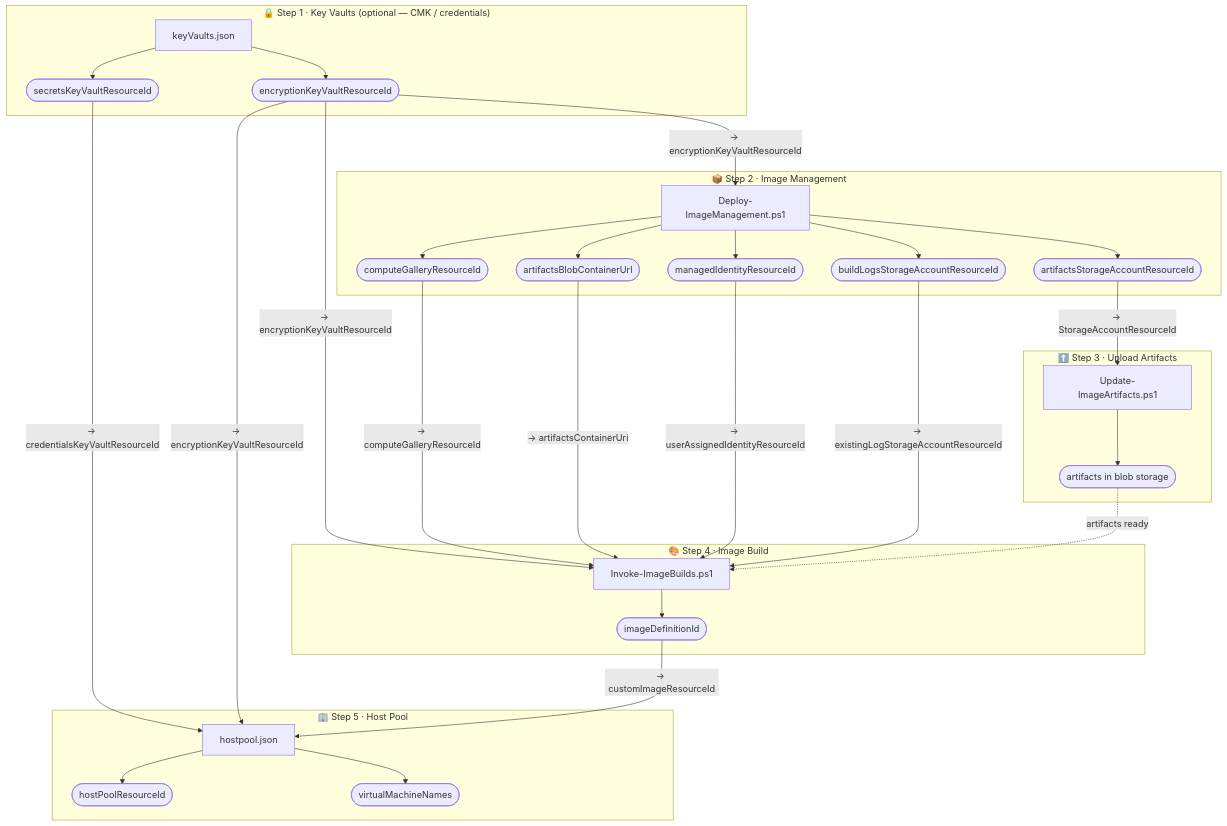
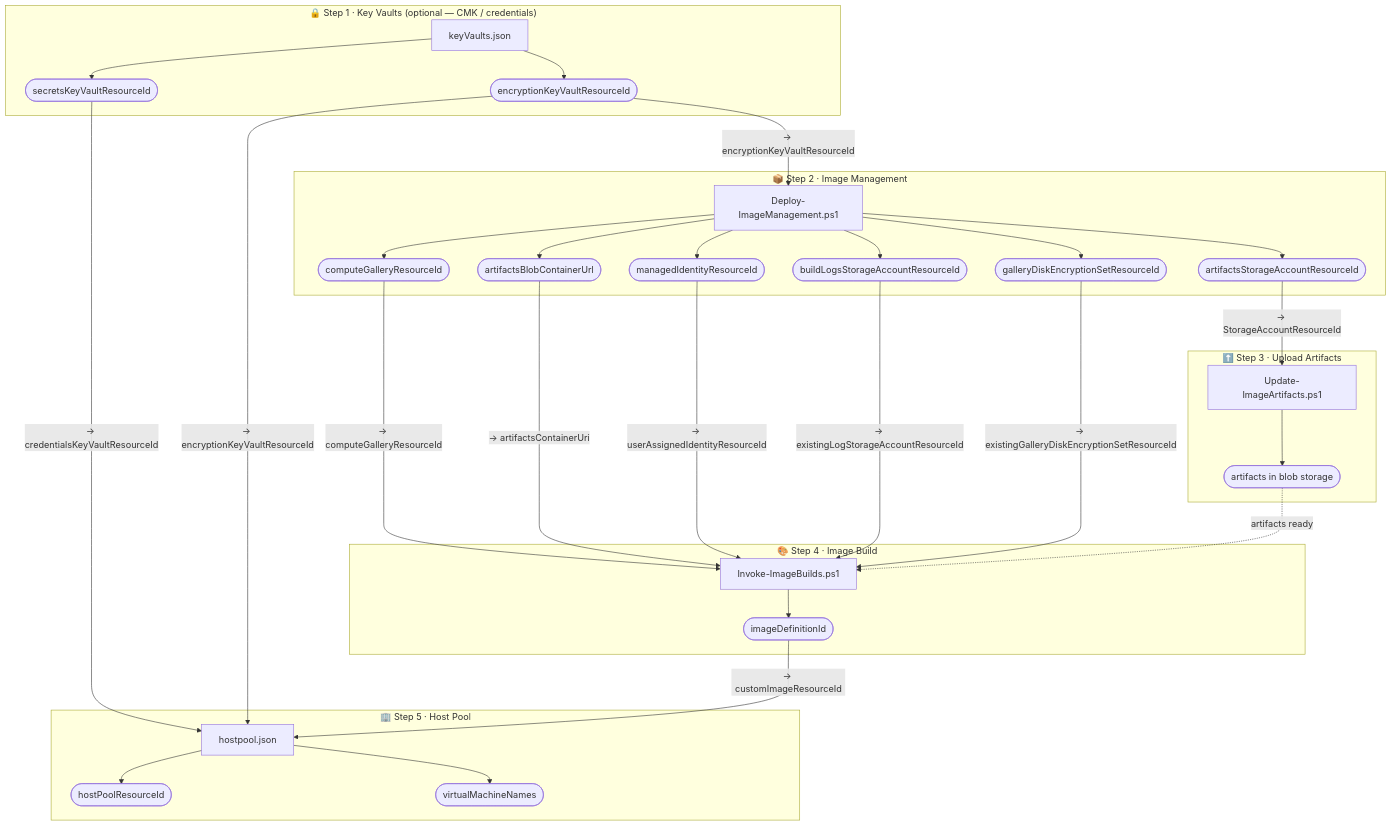
One commit to Azure/FederalAVD changed the diagram in docs/automationGuide.md. Above: the diagram before and after it, drawn with Mermaid. The commit also changed other lines of this file and 9 other files, not shown here.

Commit message:
added disk encryption set to imagemanagement

````diff
--- a/docs/automationGuide.md
+++ b/docs/automationGuide.md
@@ -15,63 +15,62 @@
 ```mermaid
 flowchart TD
     subgraph KV["🔒 Step 1 · Key Vaults  (optional — CMK / credentials)"]
         KV_RUN["keyVaults.json"]
         KV_O1(["secretsKeyVaultResourceId"])
         KV_O2(["encryptionKeyVaultResourceId"])
         KV_RUN --> KV_O1 & KV_O2
     end
 
     subgraph IM["📦 Step 2 · Image Management"]
         IM_RUN["Deploy-ImageManagement.ps1"]
         IM_O1(["computeGalleryResourceId"])
         IM_O2(["artifactsStorageAccountResourceId"])
         IM_O3(["artifactsBlobContainerUrl"])
         IM_O4(["managedIdentityResourceId"])
         IM_O5(["buildLogsStorageAccountResourceId"])
-        IM_RUN --> IM_O1 & IM_O2 & IM_O3 & IM_O4 & IM_O5
+        IM_O6(["galleryDiskEncryptionSetResourceId"])
+        IM_RUN --> IM_O1 & IM_O2 & IM_O3 & IM_O4 & IM_O5 & IM_O6
     end
 
     subgraph UA["⬆️ Step 3 · Upload Artifacts"]
         UA_RUN["Update-ImageArtifacts.ps1"]
         UA_DONE(["artifacts in blob storage"])
         UA_RUN --> UA_DONE
     end
 
     subgraph IB["🎨 Step 4 · Image Build"]
         IB_RUN["Invoke-ImageBuilds.ps1"]
         IB_O1(["imageDefinitionId"])
         IB_RUN --> IB_O1
     end
 
     subgraph HP["🏢 Step 5 · Host Pool"]
         HP_RUN["hostpool.json"]
         HP_O1(["hostPoolResourceId"])
         HP_O2(["virtualMachineNames"])
         HP_RUN --> HP_O1 & HP_O2
     end
 
     %% Key Vaults → Image Management (CMK)
     KV_O2 -->|"→ encryptionKeyVaultResourceId"| IM_RUN
 
-    %% Key Vaults → Image Build (CMK on gallery images)
-    KV_O2 -->|"→ encryptionKeyVaultResourceId"| IB_RUN
-
     %% Key Vaults → Host Pool
     KV_O1 -->|"→ credentialsKeyVaultResourceId"| HP_RUN
     KV_O2 -->|"→ encryptionKeyVaultResourceId"| HP_RUN
 
     %% Image Management → Upload Artifacts
     IM_O2 -->|"→ StorageAccountResourceId"| UA_RUN
 
     %% Image Management → Image Build
     IM_O1 -->|"→ computeGalleryResourceId"| IB_RUN
     IM_O3 -->|"→ artifactsContainerUri"| IB_RUN
     IM_O4 -->|"→ userAssignedIdentityResourceId"| IB_RUN
     IM_O5 -->|"→ existingLogStorageAccountResourceId"| IB_RUN
+    IM_O6 -->|"→ existingGalleryDiskEncryptionSetResourceId"| IB_RUN
 
     %% Upload Artifacts → Image Build (data dependency, no parameter)
     UA_DONE -.->|"artifacts ready"| IB_RUN
 
     %% Image Build → Host Pool
     IB_O1 -->|"→ customImageResourceId"| HP_RUN
 ```
````
